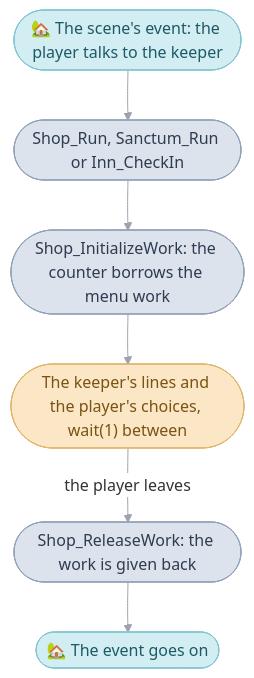
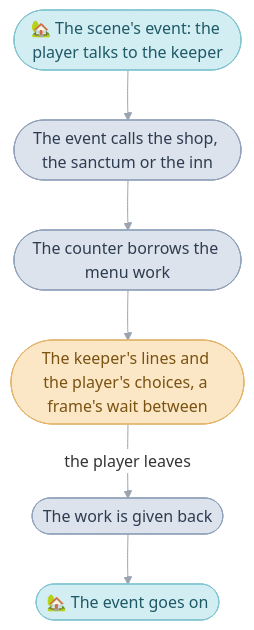
Before and after one commit to PascalPixel/alchemy: the diagram in games/tbs/src/shop/README.md, drawn with Mermaid. The commit also changed other lines of this file and 21 other files, not shown here.

````diff
--- a/games/tbs/src/shop/README.md
+++ b/games/tbs/src/shop/README.md
@@ -29,15 +28,15 @@
 ```mermaid
 %%{init: {"theme": "base", "themeVariables": {"lineColor": "#9AA3AE", "edgeLabelBackground": "#FFFFFF"}, "flowchart": {"curve": "basis", "padding": 12}}}%%
 flowchart TD
-  talk(["🏡 The scene's event: the player talks to the keeper"]) --> run(["Shop_Run, Sanctum_Run or Inn_CheckIn"])
-  run --> work(["Shop_InitializeWork: the counter borrows the menu work"])
-  work --> loop(["The keeper's lines and the player's choices, wait(1) between"])
-  loop -- "the player leaves" --> release(["Shop_ReleaseWork: the work is given back"])
+  talk(["🏡 The scene's event: the player talks to the keeper"]) --> run(["The event calls the shop, the sanctum or the inn"])
+  run --> work(["The counter borrows the menu work"])
+  work --> loop(["The keeper's lines and the player's choices, a frame's wait between"])
+  loop -- "the player leaves" --> release(["The work is given back"])
   release --> back(["🏡 The event goes on"])
   classDef sequence fill:#D2EEF3,stroke:#7FC3D0,color:#1E5966
   classDef code fill:#DDE3EC,stroke:#8FA0B8,color:#2E3C50
   classDef frame fill:#FBE7C6,stroke:#E0B46A,color:#7A5212
   class talk,back sequence
   class run,work,release code
   class loop frame
 ```
````
